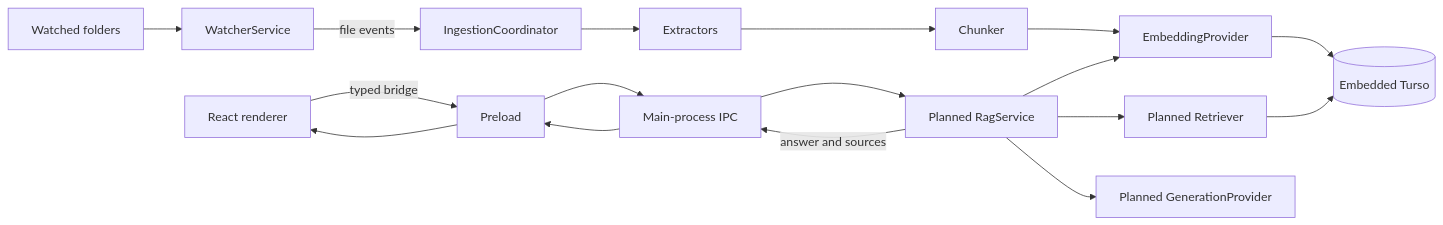
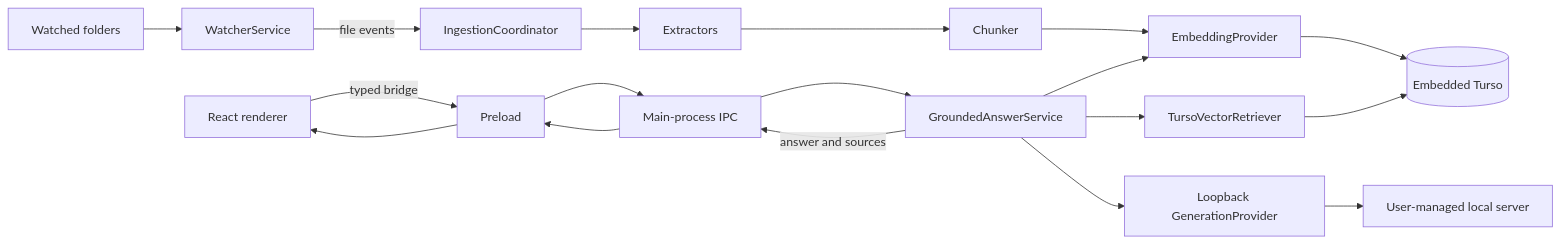
The diagram in docs/rag-architecture.md (JoshuaOladipo/knowledgebase-desktop), drawn with Mermaid before and after one commit. The commit also changed other lines of this file and 86 other files, not shown here.

First line of the commit message:
feat: add local RAG indexing, chat, diagnostics, and reliability hardening

````diff
--- a/docs/rag-architecture.md
+++ b/docs/rag-architecture.md
@@ -41,20 +46,21 @@
 ```mermaid
 flowchart LR
     FS[Watched folders] --> W[WatcherService]
     W -->|file events| IC[IngestionCoordinator]
     IC --> EX[Extractors]
     EX --> CH[Chunker]
     CH --> EP[EmbeddingProvider]
     EP --> DB[(Embedded Turso)]
 
     UI[React renderer] -->|typed bridge| PL[Preload]
     PL --> MAIN[Main-process IPC]
-    MAIN --> RAG[Planned RagService]
+    MAIN --> RAG[GroundedAnswerService]
     RAG --> EP
-    RAG --> RET[Planned Retriever]
+    RAG --> RET[TursoVectorRetriever]
     RET --> DB
-    RAG --> GP[Planned GenerationProvider]
+    RAG --> GP[Loopback GenerationProvider]
+    GP --> LS[User-managed local server]
     RAG -->|answer and sources| MAIN
     MAIN --> PL
     PL --> UI
 ```
````
